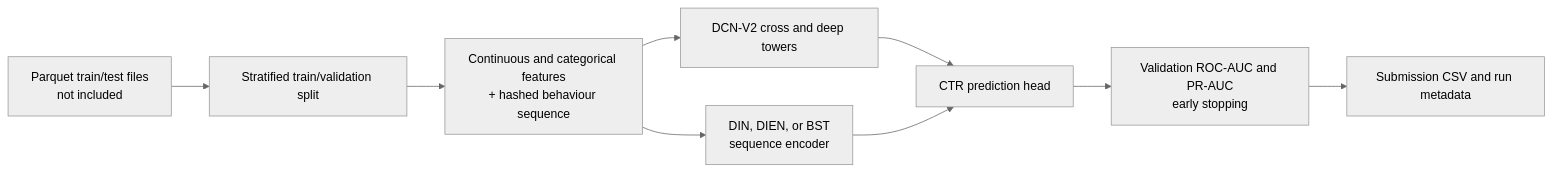
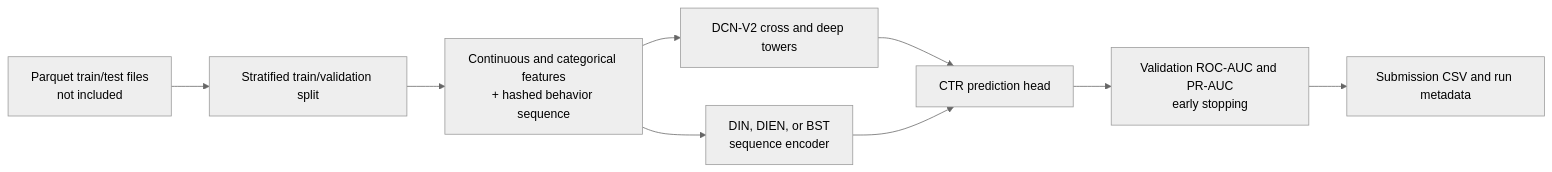
Before and after one commit to junhyung-L/ctr-sequence-modeling: the diagram in README.md, drawn with Mermaid (neutral theme). The commit also changed other lines of this file and 3 other files, not shown here.

````diff
--- a/README.md
+++ b/README.md
@@ -24,11 +21,11 @@
 ```mermaid
 flowchart LR
     A[Parquet train/test files<br/>not included] --> B[Stratified train/validation split]
-    B --> C[Continuous and categorical features<br/>+ hashed behaviour sequence]
+    B --> C[Continuous and categorical features<br/>+ hashed behavior sequence]
     C --> D[DCN-V2 cross and deep towers]
     C --> E[DIN, DIEN, or BST<br/>sequence encoder]
     D --> F[CTR prediction head]
     E --> F
     F --> G[Validation ROC-AUC and PR-AUC<br/>early stopping]
     G --> H[Submission CSV and run metadata]
 ```
````
